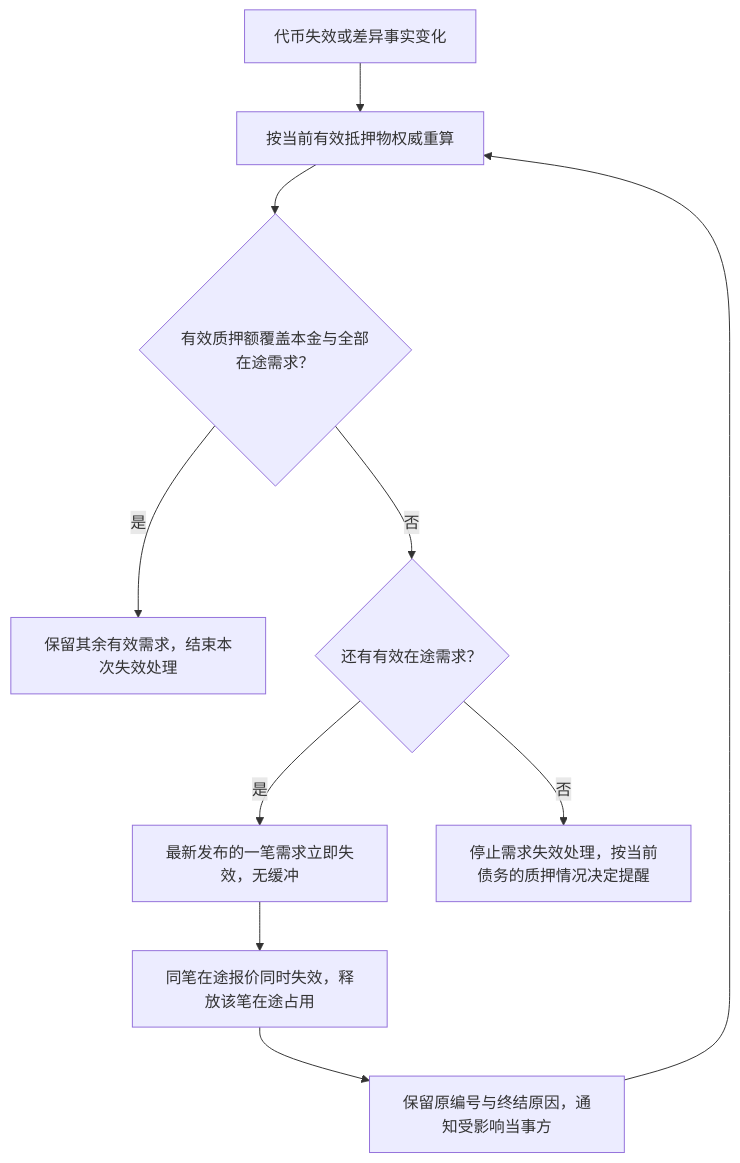
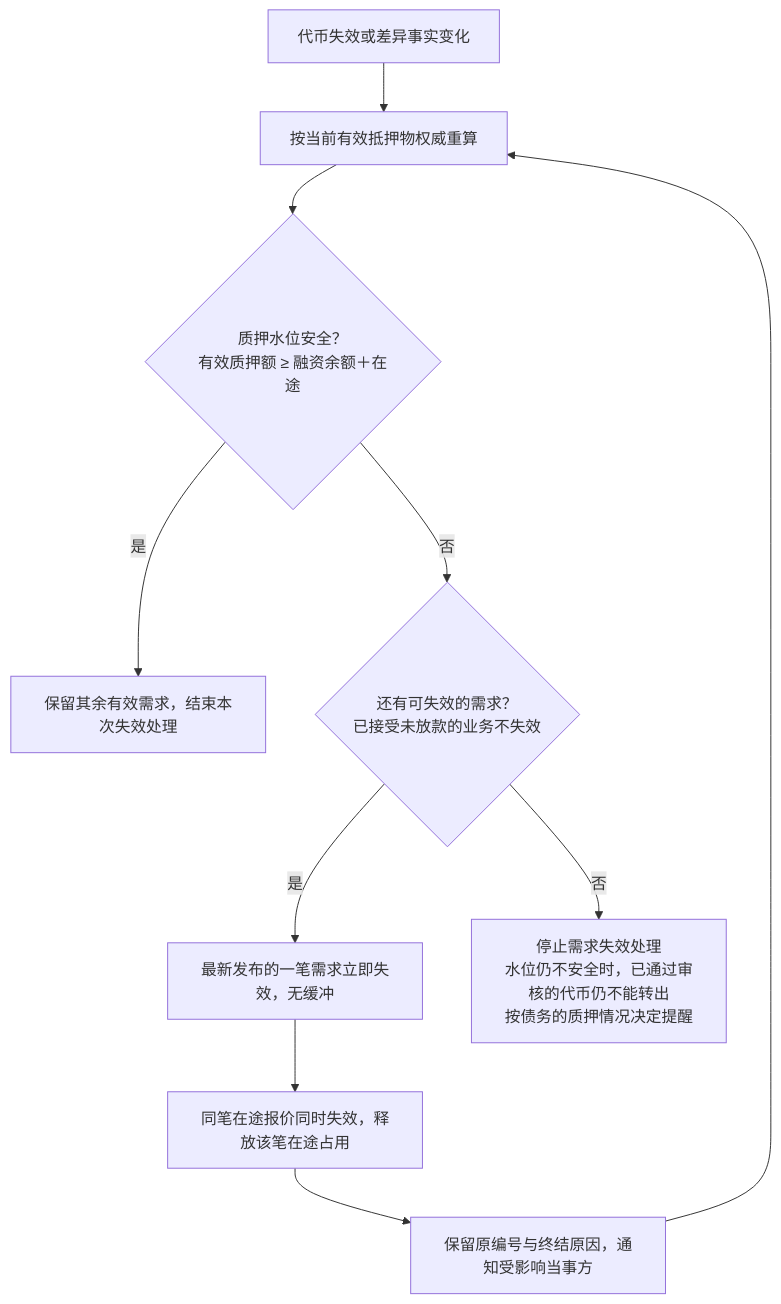
Before and after one commit to wxblockchain/Chain-Financing: the fourth of 10 diagrams in lending-platform/PRD/面客端/05-借贷广场-融资需求与代币质押/02-融资需求与代币质押-流程图与状态机.md, drawn with Mermaid. The commit also changed other lines of this file and 5 other files, not shown here.

````diff
--- a/lending-platform/PRD/面客端/05-借贷广场-融资需求与代币质押/02-融资需求与代币质押-流程图与状态机.md
+++ b/lending-platform/PRD/面客端/05-借贷广场-融资需求与代币质押/02-融资需求与代币质押-流程图与状态机.md
@@ -119,12 +119,12 @@
 ```mermaid
 flowchart TD
   A[代币失效或差异事实变化] --> B[按当前有效抵押物权威重算]
-  B --> C{有效质押额覆盖本金与全部在途需求？}
+  B --> C{"质押水位安全？<br/>有效质押额 ≥ 融资余额＋在途"}
   C -- 是 --> D[保留其余有效需求，结束本次失效处理]
-  C -- 否 --> E{还有有效在途需求？}
+  C -- 否 --> E{"还有可失效的需求？<br/>已接受未放款的业务不失效"}
   E -- 是 --> F[最新发布的一笔需求立即失效，无缓冲]
   F --> G[同笔在途报价同时失效，释放该笔在途占用]
   G --> H[保留原编号与终结原因，通知受影响当事方]
   H --> B
-  E -- 否 --> I[停止需求失效处理，按当前债务的质押情况决定提醒]
+  E -- 否 --> I["停止需求失效处理<br/>水位仍不安全时，已通过审核的代币仍不能转出<br/>按债务的质押情况决定提醒"]
 ```
````
